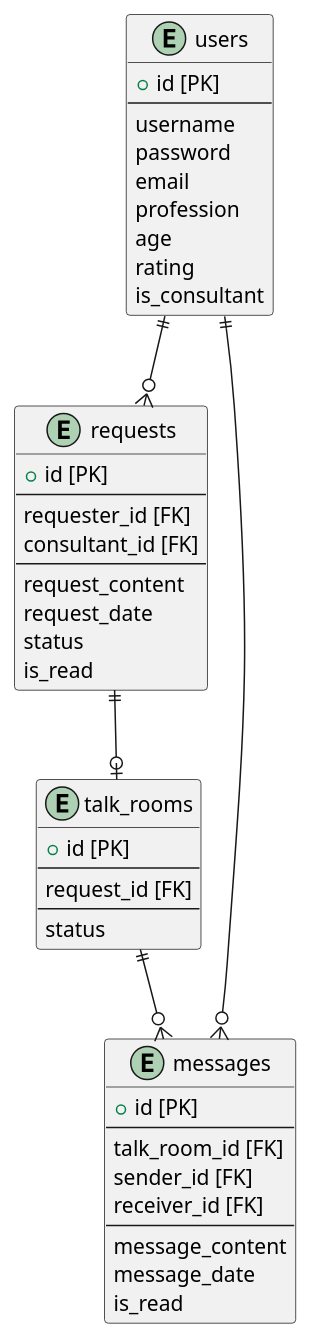
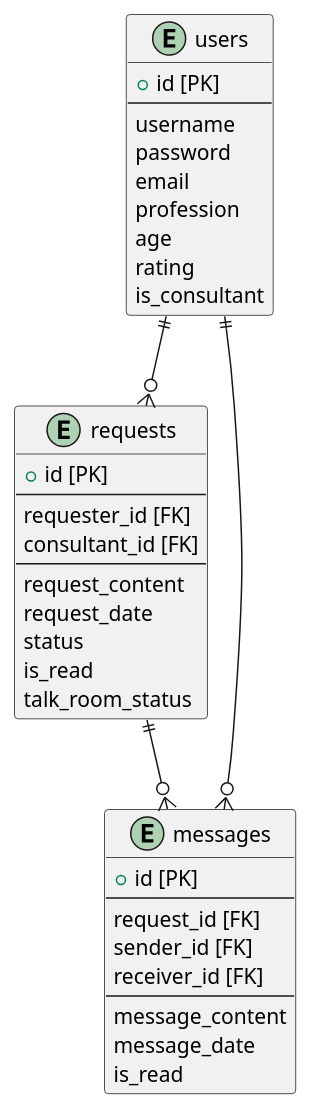
Before and after one commit to nobukofu69/origin-idea: the diagram in documents/er.pu, drawn with PlantUML. The commit also changed 1 other file, not shown here.

Commit message:
ER図を修正

```diff
--- a/documents/er.pu
+++ b/documents/er.pu
@@ -1,52 +1,45 @@
 @startuml
 
 entity "users" as users {
   + id [PK]
   --
   username
   password
   email
   profession
   age
   rating
   is_consultant
 }
 
 entity "requests" as requests {
   + id [PK]
   --
   requester_id [FK]
   consultant_id [FK]
   --
   request_content
   request_date
   status
   is_read
-}
-
-entity "talk_rooms" as talk_rooms {
-  + id [PK]
-  --
-  request_id [FK]
-  --
-  status
+  talk_room_status
 }
 
 entity "messages" as messages {
   + id [PK]
   --
-  talk_room_id [FK]
+  request_id [FK]
   sender_id [FK]
   receiver_id [FK]
   --
   message_content
   message_date
   is_read
 }
 
 users ||--o{ requests
-requests ||--o| talk_rooms
+requests ||--o{ messages
 users ||--o{ messages
-talk_rooms ||--o{ messages
+
 
 @enduml 
```
